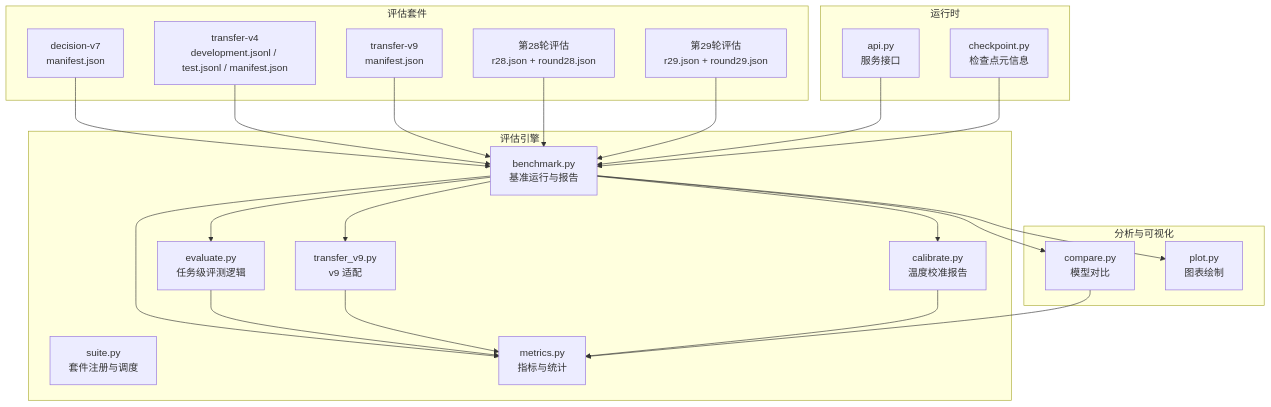
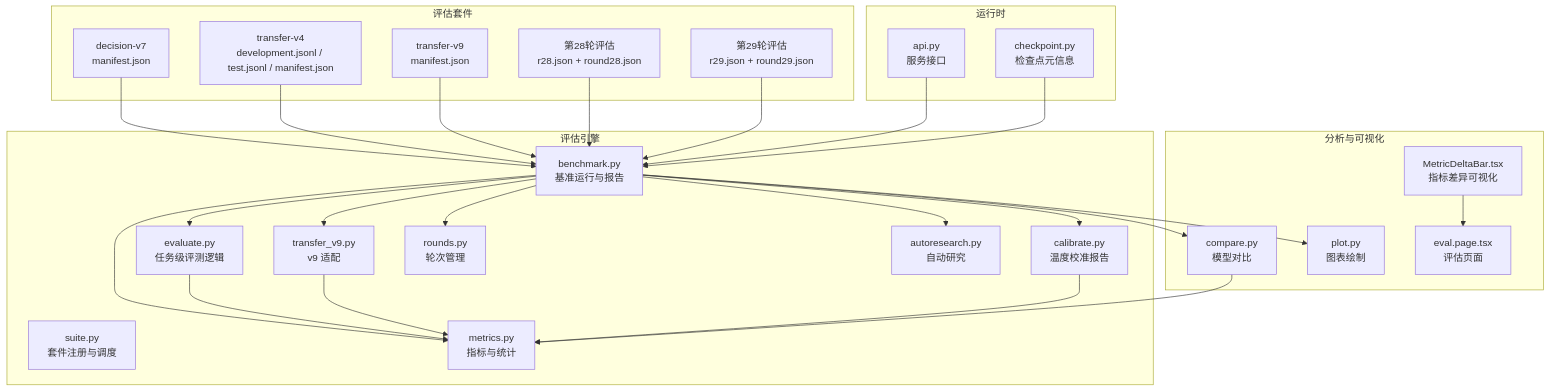
One commit to joezxh/kev changed the first of 10 diagrams in .qoder/repowiki/zh/content/评估系统/评估系统.md. Above: the diagram before and after it, drawn with Mermaid. The commit also changed other lines of this file and 101 other files, not shown here.

````diff
--- a/.qoder/repowiki/zh/content/评估系统/评估系统.md
+++ b/.qoder/repowiki/zh/content/评估系统/评估系统.md
@@ -74,43 +82,50 @@
 ```mermaid
 graph TB
 subgraph "评估套件"
 D7["decision-v7<br/>manifest.json"]
 T4["transfer-v4<br/>development.jsonl / test.jsonl / manifest.json"]
 T9["transfer-v9<br/>manifest.json"]
 R28["第28轮评估<br/>r28.json + round28.json"]
 R29["第29轮评估<br/>r29.json + round29.json"]
 end
 subgraph "评估引擎"
 BM["benchmark.py<br/>基准运行与报告"]
 SU["suite.py<br/>套件注册与调度"]
 EV["evaluate.py<br/>任务级评测逻辑"]
 TR["transfer_v9.py<br/>v9 适配"]
 ME["metrics.py<br/>指标与统计"]
 CA["calibrate.py<br/>温度校准报告"]
+RD["rounds.py<br/>轮次管理"]
+AR["autoresearch.py<br/>自动研究"]
 end
 subgraph "分析与可视化"
 CP["compare.py<br/>模型对比"]
 PL["plot.py<br/>图表绘制"]
+MD["MetricDeltaBar.tsx<br/>指标差异可视化"]
+EP["eval.page.tsx<br/>评估页面"]
 end
 subgraph "运行时"
 API["api.py<br/>服务接口"]
 CK["checkpoint.py<br/>检查点元信息"]
 end
 D7 --> BM
 T4 --> BM
 T9 --> BM
 R28 --> BM
 R29 --> BM
 BM --> ME
 BM --> EV
 BM --> TR
 BM --> CA
 BM --> CP
 BM --> PL
+BM --> RD
+BM --> AR
 EV --> ME
 TR --> ME
 CA --> ME
 CP --> ME
 API --> BM
 CK --> BM
+MD --> EP
 ```
````
